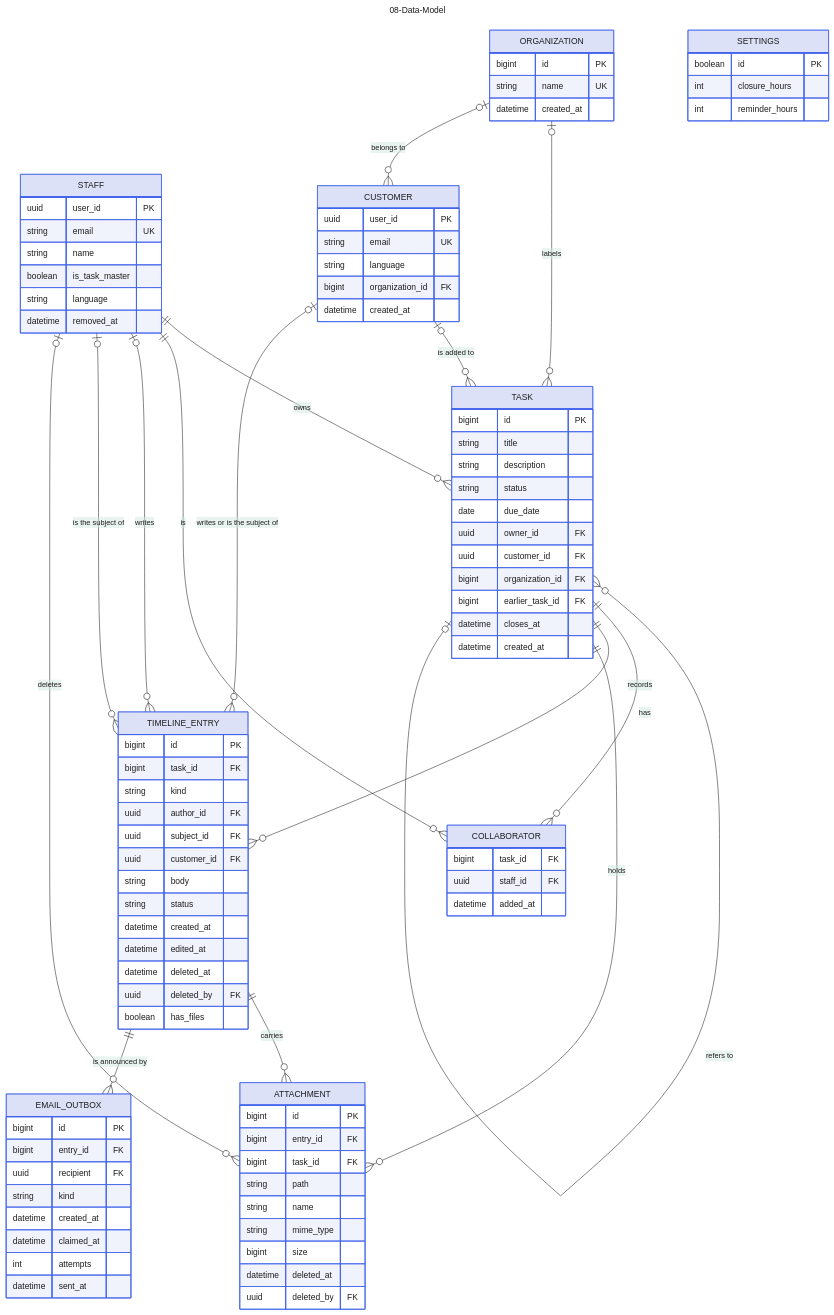
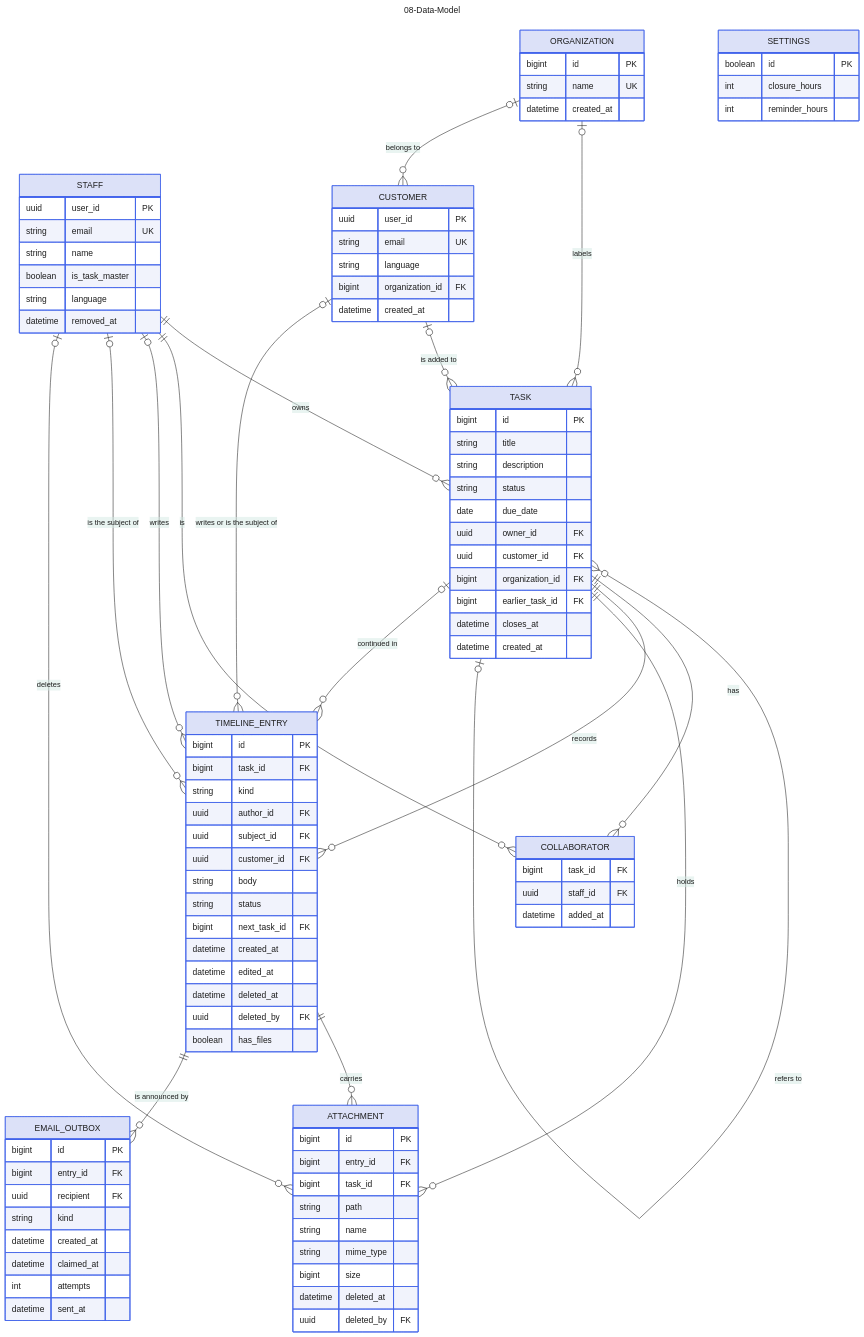
Before and after one commit to jedt3d/tasuku: the diagram in docs/diagram/08-Data-Model.md, drawn with Mermaid. The commit also changed other lines of this file and 7 other files, not shown here.

Commit message:
docs: sync the diagrams with transferring a Task (#39)

```diff
--- a/docs/diagram/08-Data-Model.md
+++ b/docs/diagram/08-Data-Model.md
@@ -129,6 +129,7 @@
     uuid customer_id FK
     string body
     string status
+    bigint next_task_id FK
     datetime created_at
     datetime edited_at
     datetime deleted_at
@@ -164,6 +165,7 @@
   TASK ||--o{ COLLABORATOR : has
   STAFF ||--o{ COLLABORATOR : is
   TASK ||--o{ TIMELINE_ENTRY : records
+  TIMELINE_ENTRY }o--o| TASK : "continued in"
   STAFF |o--o{ TIMELINE_ENTRY : writes
   STAFF |o--o{ TIMELINE_ENTRY : "is the subject of"
   CUSTOMER |o--o{ TIMELINE_ENTRY : "writes or is the subject of"
```
